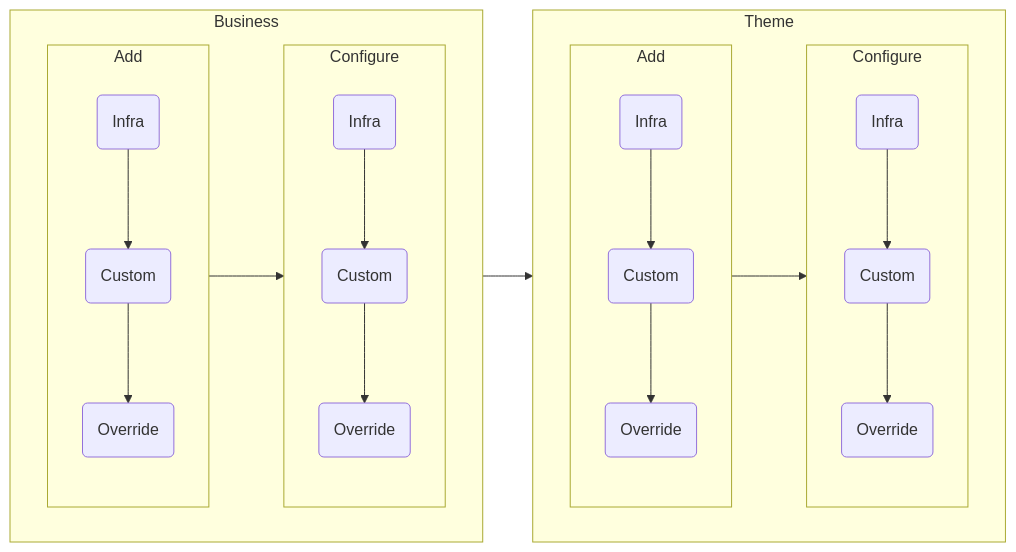
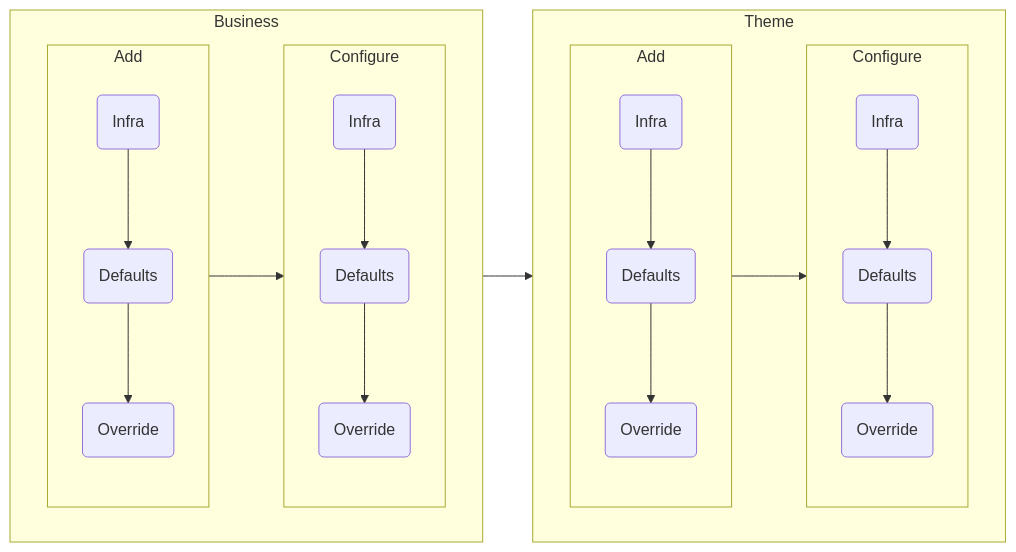
One commit to mouseless/baked changed the second of 2 diagrams in docs/recipes/monolith.md. Above: the diagram before and after it, drawn with Mermaid. The commit also changed 1 other file, not shown here.

Commit message:
update recipe convenion matrix charts

````diff
--- a/docs/recipes/monolith.md
+++ b/docs/recipes/monolith.md
@@ -142,47 +142,47 @@
 ```mermaid
 flowchart LR
 
   BIA(Infra)
-  BCA(Custom)
+  BDA(Defaults)
   BOA(Override)
 
   BIC(Infra)
-  BCC(Custom)
+  BDC(Defaults)
   BOC(Override)
 
   TIA(Infra)
-  TCA(Custom)
+  TDA(Defaults)
   TOA(Override)
 
   TIC(Infra)
-  TCC(Custom)
+  TDC(Defaults)
   TOC(Override)
 
   subgraph Business
     direction LR
     subgraph BA[Add]
       direction TD
-      BIA --> BCA --> BOA
+      BIA --> BDA --> BOA
     end
     subgraph BC[Configure]
       direction TD
-      BIC --> BCC --> BOC
+      BIC --> BDC --> BOC
     end
   end
 
   subgraph Theme
     direction LR
     subgraph TA[Add]
       direction TD
-      TIA --> TCA --> TOA
+      TIA --> TDA --> TOA
     end
     subgraph TC[Configure]
       direction TD
-      TIC --> TCC --> TOC
+      TIC --> TDC --> TOC
     end
   end
 
   BA --> BC
   TA --> TC
   Business --> Theme
 ```
````
